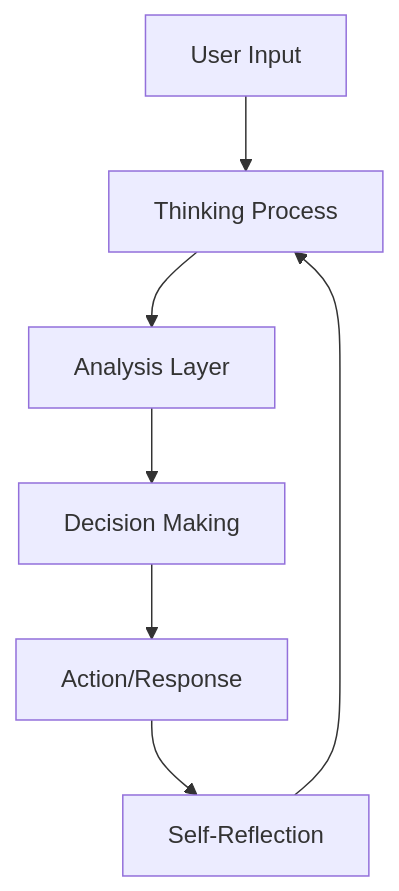
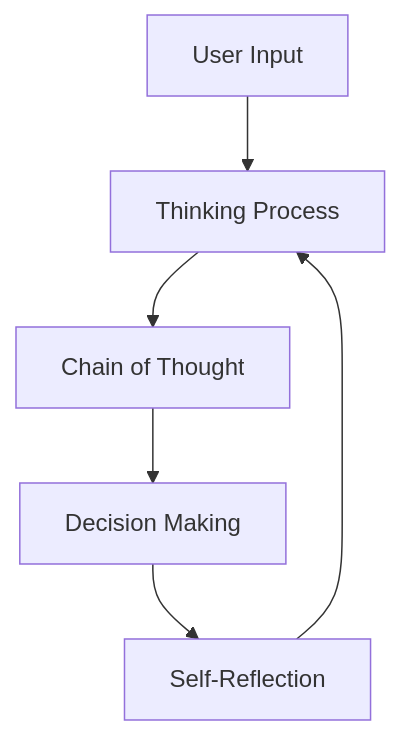
The diagram in ai-agent-presentation.md (daltonnyx/my-presentation), drawn with Mermaid before and after one commit. The commit also changed other lines of this file and 1 other file, not shown here.

````diff
--- a/ai-agent-presentation.md
+++ b/ai-agent-presentation.md
@@ -148,9 +141,8 @@
 ```mermaid {scale: 0.8}
 graph TD
     A[User Input] --> B[Thinking Process]
-    B --> C[Analysis Layer]
+    B --> C[Chain of Thought]
     C --> D[Decision Making]
-    D --> E[Action/Response]
-    E --> F[Self-Reflection]
+    D --> F[Self-Reflection]
     F --> B
 ```
````
